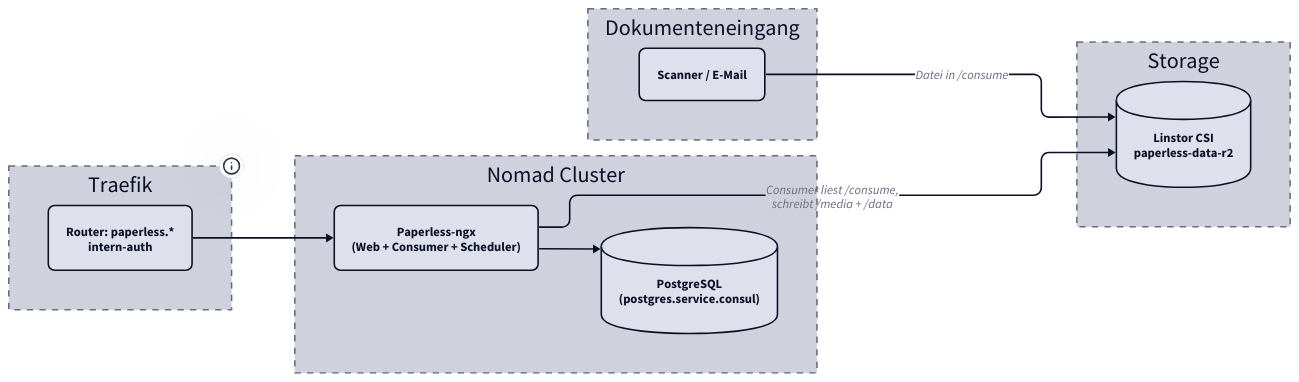
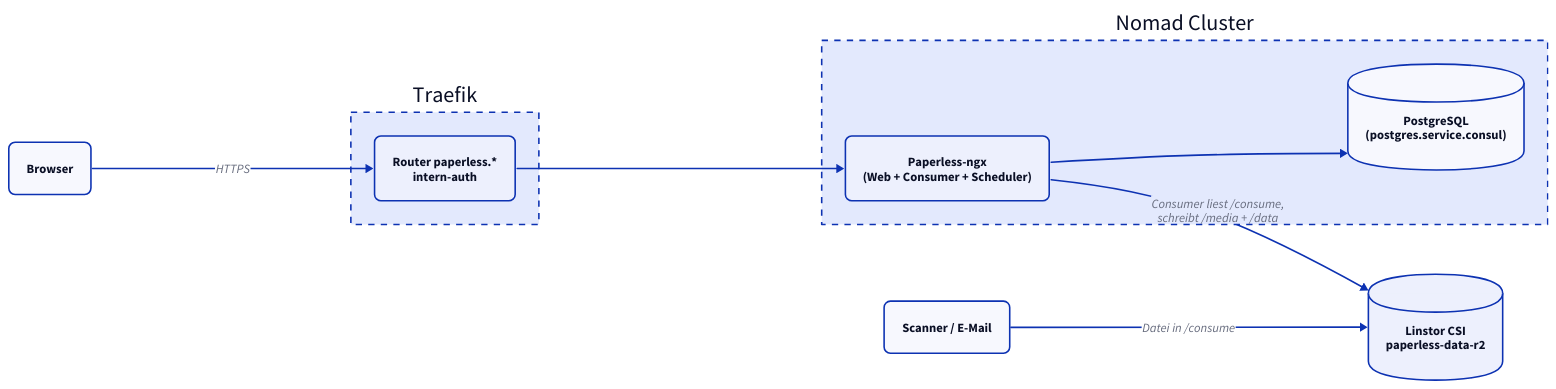
One commit to derever-labs/homelab-wiki changed the diagram in docs/paperless/index.md. Above: the diagram before and after it, drawn with D2. The commit also changed 11 other files, not shown here.

First line of the commit message:
docs(apps): Diagramme fuer TALA ueberarbeiten (Batch B5) (#101)

````diff
--- a/docs/paperless/index.md
+++ b/docs/paperless/index.md
@@ -33,37 +33,25 @@
 ```d2
-vars: {
-  d2-config: {
-    theme-id: 1
-    layout-engine: elk
-  }
-}
-
 direction: right
 
-Input: Dokumenteneingang {
-  style.stroke-dash: 4
-  SCAN: "Scanner / E-Mail" { style.border-radius: 8 }
-}
+USER: Browser { style.border-radius: 8 }
+SCAN: "Scanner / E-Mail" { style.border-radius: 8 }
 
 Traefik: Traefik {
   style.stroke-dash: 4
-  tooltip: 10.0.2.20
-  R1: "Router: paperless.*\nintern-auth" { style.border-radius: 8 }
+  R1: "Router paperless.*\nintern-auth" { style.border-radius: 8 }
 }
 
 Nomad: Nomad Cluster {
   style.stroke-dash: 4
   PL: "Paperless-ngx\n(Web + Consumer + Scheduler)" { style.border-radius: 8 }
   PG: "PostgreSQL\n(postgres.service.consul)" { shape: cylinder }
 }
 
-Storage: {
-  style.stroke-dash: 4
-  CSI: "Linstor CSI\npaperless-data-r2" { shape: cylinder }
-}
+CSI: "Linstor CSI\npaperless-data-r2" { shape: cylinder }
 
-Input.SCAN -> Storage.CSI: Datei in /consume
+USER -> Traefik.R1: HTTPS
+SCAN -> CSI: Datei in /consume
 Traefik.R1 -> Nomad.PL
-Nomad.PL -> Storage.CSI: "Consumer liest /consume,\nschreibt /media + /data"
+Nomad.PL -> CSI: "Consumer liest /consume,\nschreibt /media + /data"
 Nomad.PL -> Nomad.PG
 ```
````
